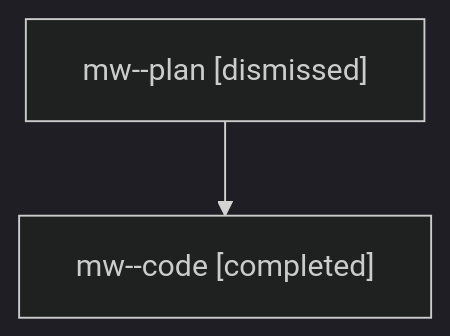
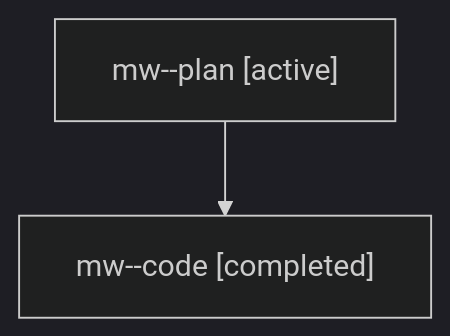
The diagram in families/bbugyi200.athena.mw.md (sase-org/sase--agents), drawn with Mermaid (dark theme) before and after one commit. The commit also changed other lines of this file and 5813 other files, not shown here.

````diff
--- a/families/bbugyi200.athena.mw.md
+++ b/families/bbugyi200.athena.mw.md
@@ -9,6 +9,6 @@
 ```mermaid
 flowchart TD
-  n0["mw--plan [dismissed]"]
+  n0["mw--plan [active]"]
   n1["mw--code [completed]"]
   n0 --> n1
 ```
````
